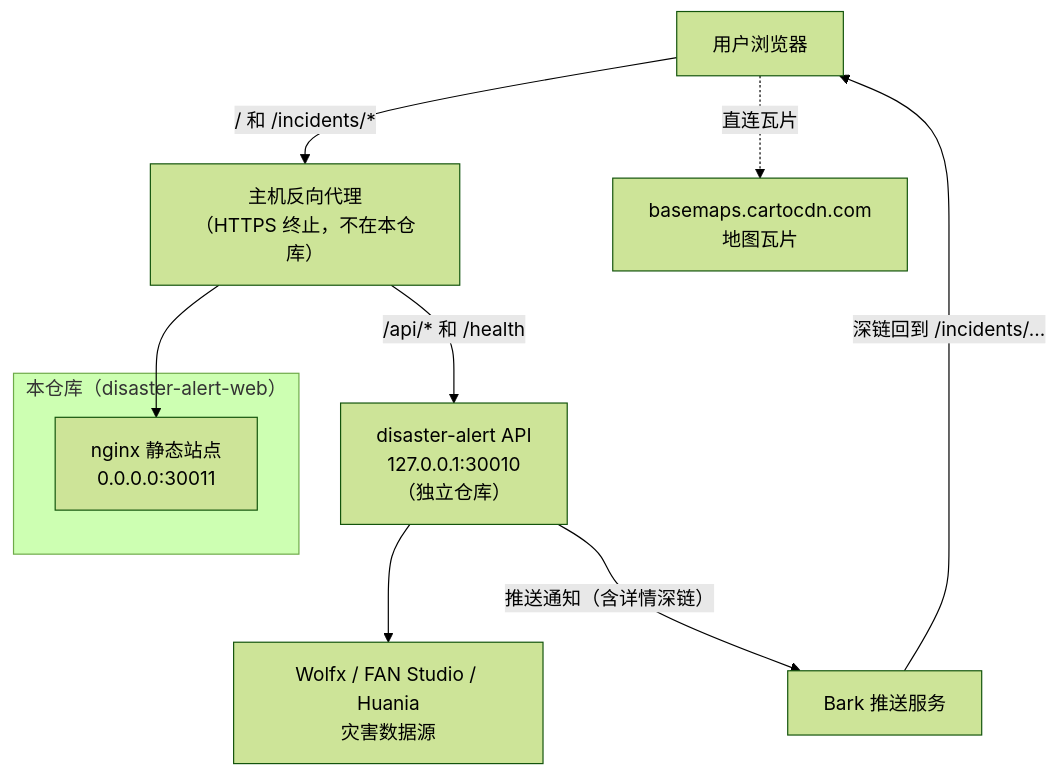
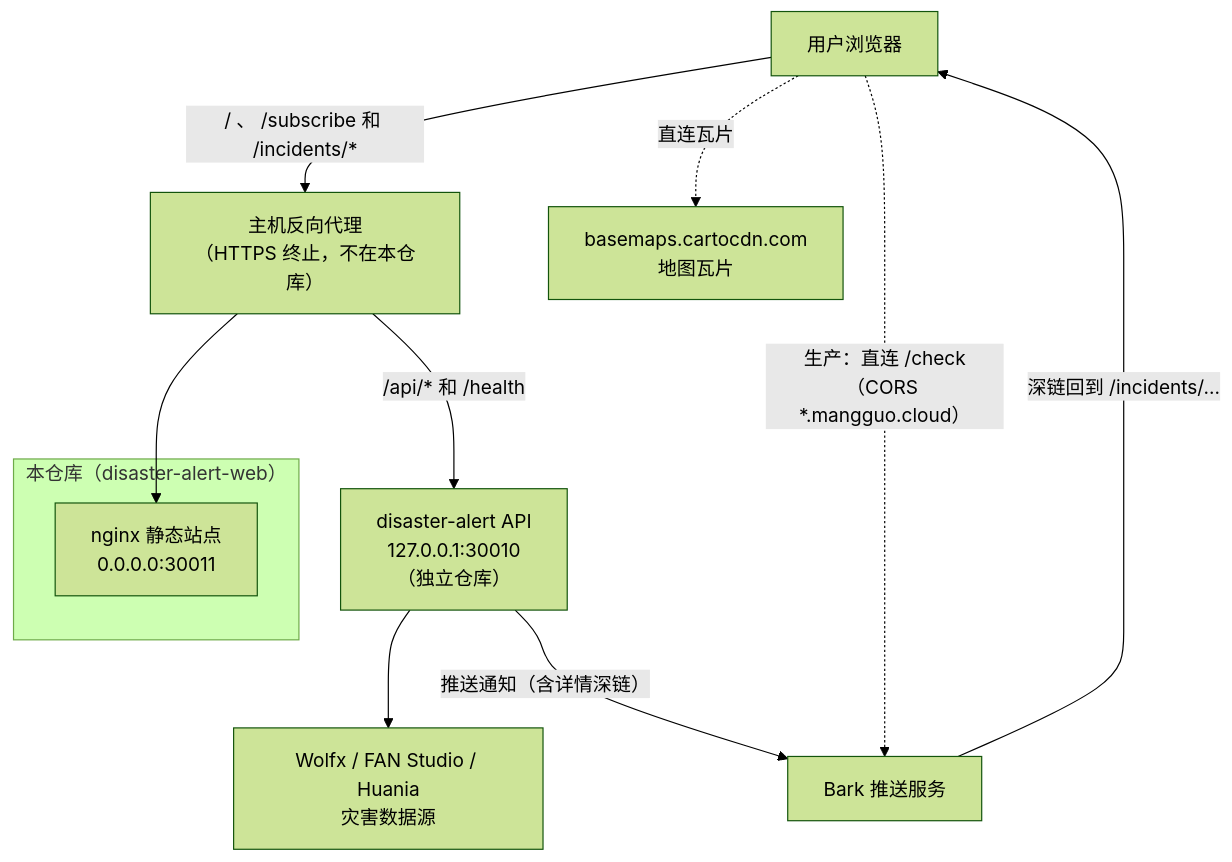
Before and after one commit to luyi2008/disaster-alert-web: the first of 8 diagrams in docs/architecture.md, drawn with Mermaid (forest theme). The commit also changed other lines of this file and 21 other files, not shown here.

First line of the commit message:
feat: add Bark Key entry page before subscribe config

````diff
--- a/docs/architecture.md
+++ b/docs/architecture.md
@@ -23,20 +23,21 @@
 ```mermaid
 graph TB
     User["用户浏览器"]
     subgraph ThisRepo["本仓库（disaster-alert-web）"]
         Web["nginx 静态站点<br/>0.0.0.0:30011"]
     end
     Proxy["主机反向代理<br/>（HTTPS 终止，不在本仓库）"]
     API["disaster-alert API<br/>127.0.0.1:30010<br/>（独立仓库）"]
     Tiles["basemaps.cartocdn.com<br/>地图瓦片"]
     Bark["Bark 推送服务"]
     Sources["Wolfx / FAN Studio / Huania<br/>灾害数据源"]
 
-    User -->|"/ 和 /incidents/*"| Proxy
+    User -->|"/ 、 /subscribe 和 /incidents/*"| Proxy
     Proxy --> Web
     Proxy -->|"/api/* 和 /health"| API
     User -.->|"直连瓦片"| Tiles
+    User -.->|"生产：直连 /check（CORS *.mangguo.cloud）"| Bark
     API --> Sources
     API -->|"推送通知（含详情深链）"| Bark
     Bark -->|"深链回到 /incidents/..."| User
 ```
````
